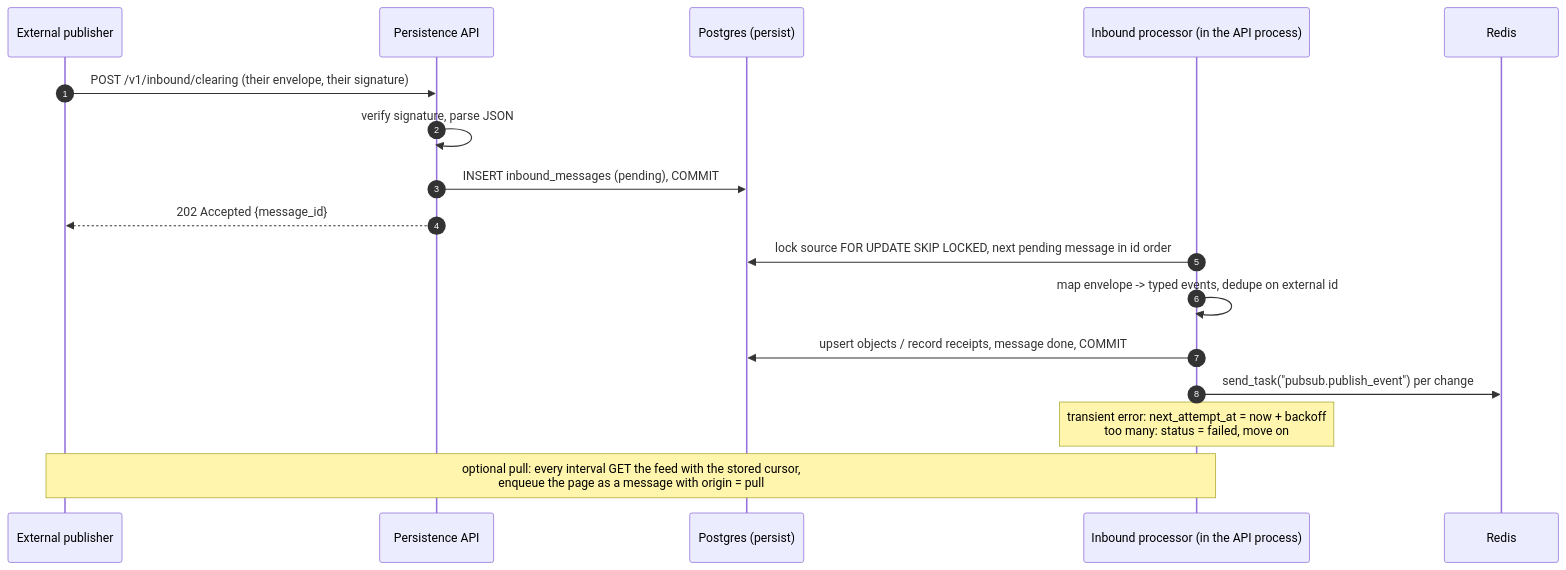
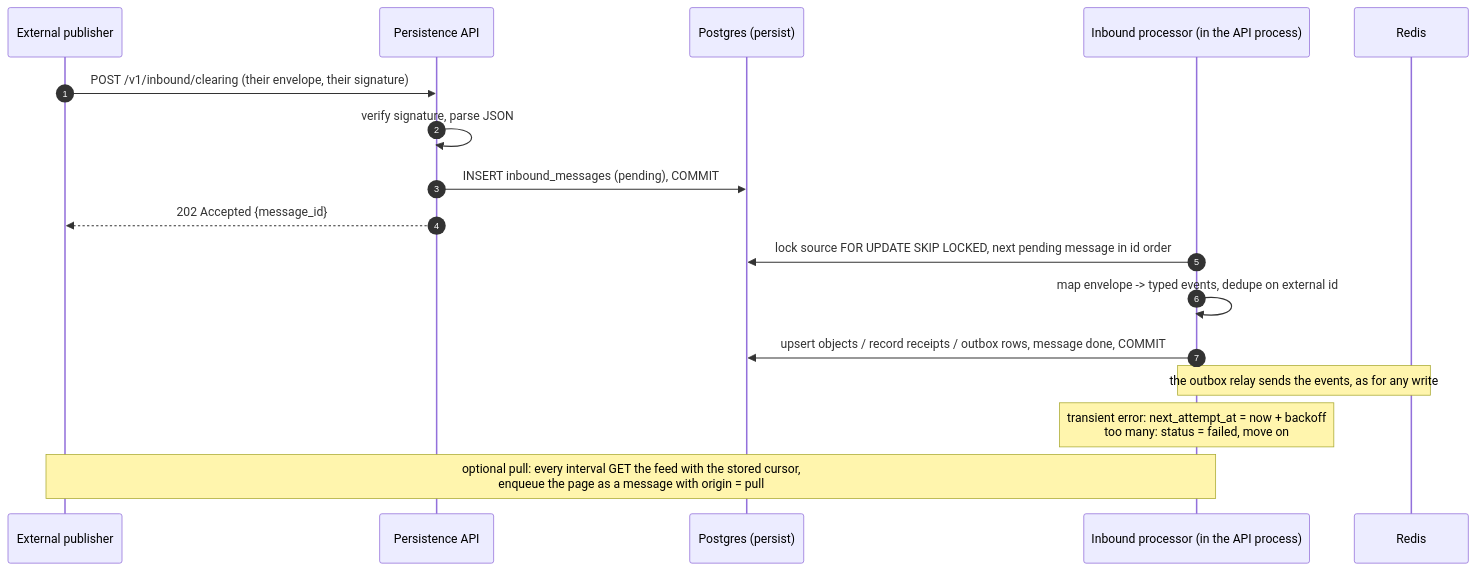
One commit to centeba/dbpersist changed the seventh of 9 diagrams in docs/ARCHITECTURE.md. Above: the diagram before and after it, drawn with Mermaid. The commit also changed other lines of this file and 19 other files, not shown here.

First line of the commit message:
Transactional outbox for change events

````diff
--- a/docs/ARCHITECTURE.md
+++ b/docs/ARCHITECTURE.md
@@ -247,19 +260,19 @@
 ```mermaid
 sequenceDiagram
     autonumber
     participant Ext as External publisher
     participant P as Persistence API
     participant DB as Postgres (persist)
     participant Proc as Inbound processor (in the API process)
     participant R as Redis
     Ext->>P: POST /v1/inbound/clearing (their envelope, their signature)
     P->>P: verify signature, parse JSON
     P->>DB: INSERT inbound_messages (pending), COMMIT
     P-->>Ext: 202 Accepted {message_id}
     Proc->>DB: lock source FOR UPDATE SKIP LOCKED, next pending message in id order
     Proc->>Proc: map envelope -> typed events, dedupe on external id
-    Proc->>DB: upsert objects / record receipts, message done, COMMIT
-    Proc->>R: send_task("pubsub.publish_event") per change
+    Proc->>DB: upsert objects / record receipts / outbox rows, message done, COMMIT
+    Note over Proc,R: the outbox relay sends the events, as for any write
     Note over Proc: transient error: next_attempt_at = now + backoff<br/>too many: status = failed, move on
     Note over Proc,Ext: optional pull: every interval GET the feed with the stored cursor,<br/>enqueue the page as a message with origin = pull
 ```
````
